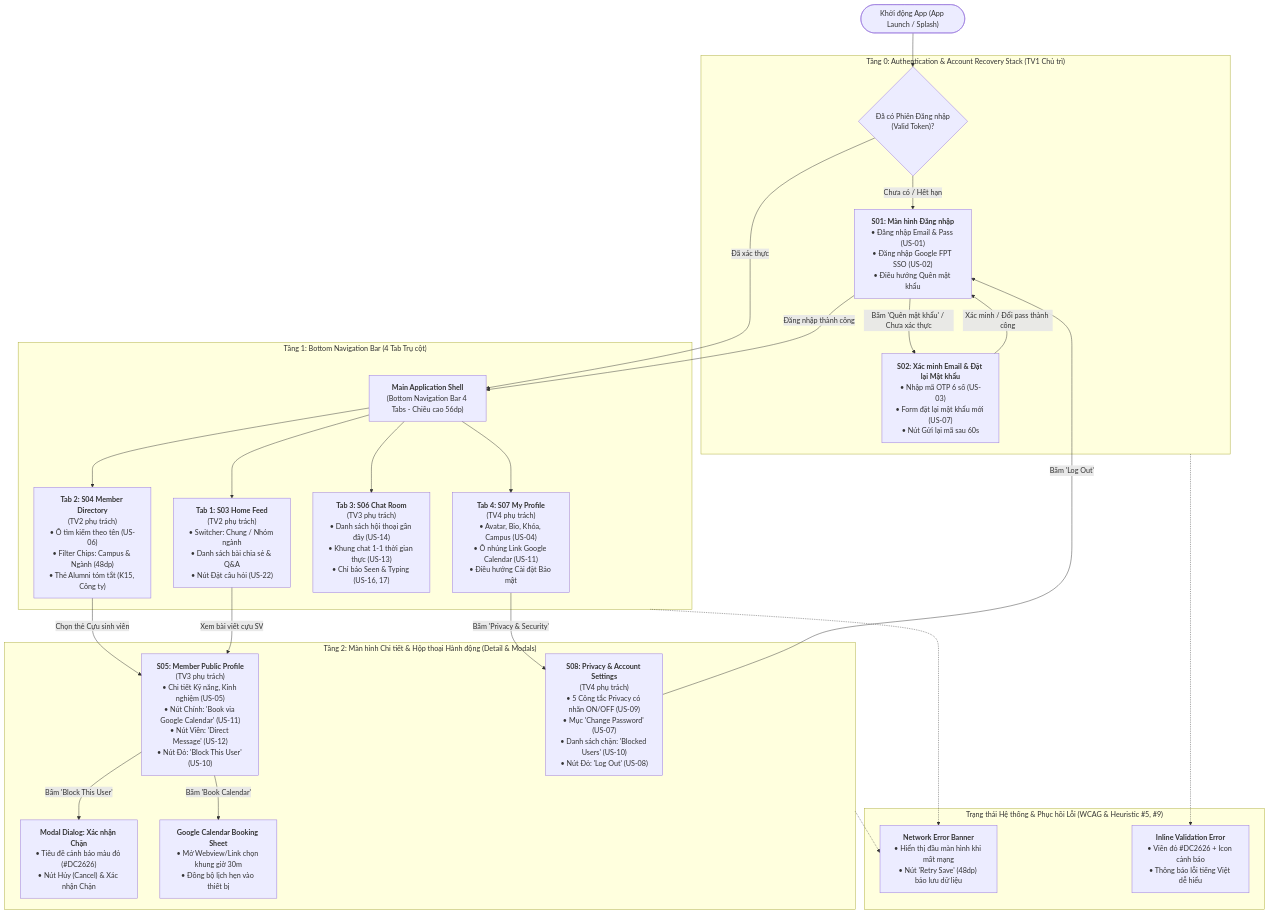
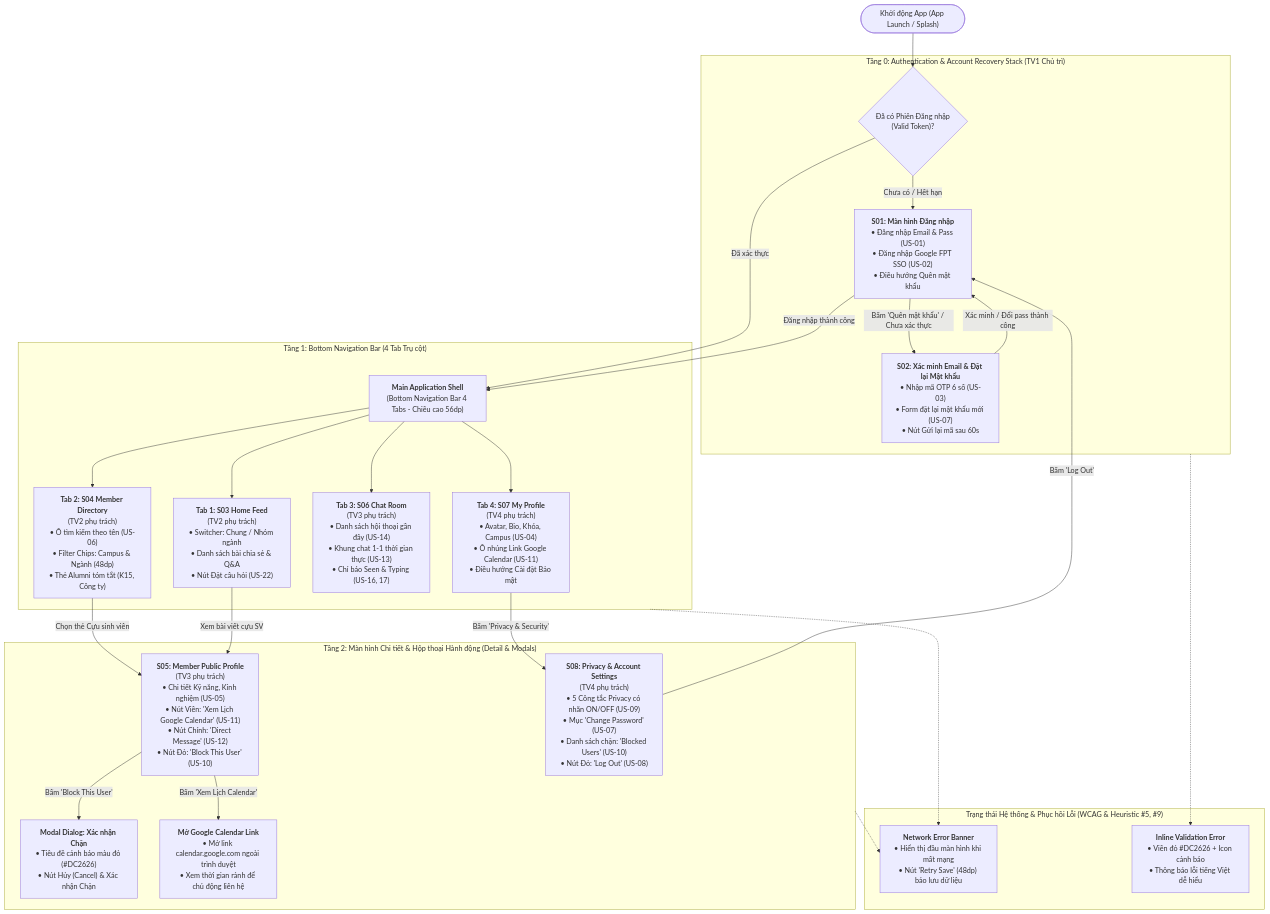
One commit to F-Alumni/UI-UX changed the first of 4 diagrams in ux/user-flow.md. Above: the diagram before and after it, drawn with Mermaid. The commit also changed other lines of this file and 3 other files, not shown here.

Commit message:
fix(docs): align Google Calendar to link-sharing only and remove all booking/slot logic

````diff
--- a/ux/user-flow.md
+++ b/ux/user-flow.md
@@ -20,44 +20,44 @@
 ```mermaid
 graph TD
     %% Entry Point
     START(["Khởi động App (App Launch / Splash)"]) --> AUTH_GATE{"Đã có Phiên Đăng nhập<br>(Valid Token)?"}
 
     %% Tầng 0: Authentication Stack
     subgraph STACK_0 ["Tầng 0: Authentication & Account Recovery Stack (TV1 Chủ trì)"]
         AUTH_GATE -- "Chưa có / Hết hạn" --> S01["<b>S01: Màn hình Đăng nhập</b><br>• Đăng nhập Email & Pass (US-01)<br>• Đăng nhập Google FPT SSO (US-02)<br>• Điều hướng Quên mật khẩu"]
         S01 -- "Bấm 'Quên mật khẩu' / Chưa xác thực" --> S02["<b>S02: Xác minh Email & Đặt lại Mật khẩu</b><br>• Nhập mã OTP 6 số (US-03)<br>• Form đặt lại mật khẩu mới (US-07)<br>• Nút Gửi lại mã sau 60s"]
         S02 -- "Xác minh / Đổi pass thành công" --> S01
     end
 
     %% Tầng 1: Bottom Navigation Bar
     AUTH_GATE -- "Đã xác thực" --> MAIN_SHELL["<b>Main Application Shell</b><br>(Bottom Navigation Bar 4 Tabs - Chiều cao 56dp)"]
     S01 -- "Đăng nhập thành công" --> MAIN_SHELL
 
     subgraph STACK_1 ["Tầng 1: Bottom Navigation Bar (4 Tab Trụ cột)"]
         MAIN_SHELL --> TAB1["<b>Tab 1: S03 Home Feed</b><br>(TV2 phụ trách)<br>• Switcher: Chung / Nhóm ngành<br>• Danh sách bài chia sẻ & Q&A<br>• Nút Đặt câu hỏi (US-22)"]
         MAIN_SHELL --> TAB2["<b>Tab 2: S04 Member Directory</b><br>(TV2 phụ trách)<br>• Ô tìm kiếm theo tên (US-06)<br>• Filter Chips: Campus & Ngành (48dp)<br>• Thẻ Alumni tóm tắt (K15, Công ty)"]
         MAIN_SHELL --> TAB3["<b>Tab 3: S06 Chat Room</b><br>(TV3 phụ trách)<br>• Danh sách hội thoại gần đây (US-14)<br>• Khung chat 1-1 thời gian thực (US-13)<br>• Chỉ báo Seen & Typing (US-16, 17)"]
         MAIN_SHELL --> TAB4["<b>Tab 4: S07 My Profile</b><br>(TV4 phụ trách)<br>• Avatar, Bio, Khóa, Campus (US-04)<br>• Ô nhúng Link Google Calendar (US-11)<br>• Điều hướng Cài đặt Bảo mật"]
     end
 
     %% Tầng 2: Detail Views & Overlays
     subgraph STACK_2 ["Tầng 2: Màn hình Chi tiết & Hộp thoại Hành động (Detail & Modals)"]
-        TAB2 -- "Chọn thẻ Cựu sinh viên" --> S05["<b>S05: Member Public Profile</b><br>(TV3 phụ trách)<br>• Chi tiết Kỹ năng, Kinh nghiệm (US-05)<br>• Nút Chính: 'Book via Google Calendar' (US-11)<br>• Nút Viền: 'Direct Message' (US-12)<br>• Nút Đỏ: 'Block This User' (US-10)"]
+        TAB2 -- "Chọn thẻ Cựu sinh viên" --> S05["<b>S05: Member Public Profile</b><br>(TV3 phụ trách)<br>• Chi tiết Kỹ năng, Kinh nghiệm (US-05)<br>• Nút Viền: 'Xem Lịch Google Calendar' (US-11)<br>• Nút Chính: 'Direct Message' (US-12)<br>• Nút Đỏ: 'Block This User' (US-10)"]
         TAB1 -- "Xem bài viết cựu SV" --> S05
         TAB4 -- "Bấm 'Privacy & Security'" --> S08["<b>S08: Privacy & Account Settings</b><br>(TV4 phụ trách)<br>• 5 Công tắc Privacy có nhãn ON/OFF (US-09)<br>• Mục 'Change Password' (US-07)<br>• Danh sách chặn: 'Blocked Users' (US-10)<br>• Nút Đỏ: 'Log Out' (US-08)"]
 
         S05 -- "Bấm 'Block This User'" --> MODAL_BLOCK["<b>Modal Dialog: Xác nhận Chặn</b><br>• Tiêu đề cảnh báo màu đỏ (#DC2626)<br>• Nút Hủy (Cancel) & Xác nhận Chặn"]
-        S05 -- "Bấm 'Book Calendar'" --> MODAL_CAL["<b>Google Calendar Booking Sheet</b><br>• Mở Webview/Link chọn khung giờ 30m<br>• Đồng bộ lịch hẹn vào thiết bị"]
+        S05 -- "Bấm 'Xem Lịch Calendar'" --> MODAL_CAL["<b>Mở Google Calendar Link</b><br>• Mở link calendar.google.com ngoài trình duyệt<br>• Xem thời gian rảnh để chủ động liên hệ"]
         S08 -- "Bấm 'Log Out'" --> S01
     end
 
     %% Trạng thái Lỗi & Phục hồi Toàn cục
     subgraph SYSTEM_STATES ["Trạng thái Hệ thống & Phục hồi Lỗi (WCAG & Heuristic #5, #9)"]
         ERR_NET["<b>Network Error Banner</b><br>• Hiển thị đầu màn hình khi mất mạng<br>• Nút 'Retry Save' (48dp) bảo lưu dữ liệu"]
         ERR_VAL["<b>Inline Validation Error</b><br>• Viền đỏ #DC2626 + Icon cảnh báo<br>• Thông báo lỗi tiếng Việt dễ hiểu"]
     end
 
     STACK_0 -.-> ERR_VAL
     STACK_1 -.-> ERR_NET
     STACK_2 -.-> ERR_NET
 ```
````
